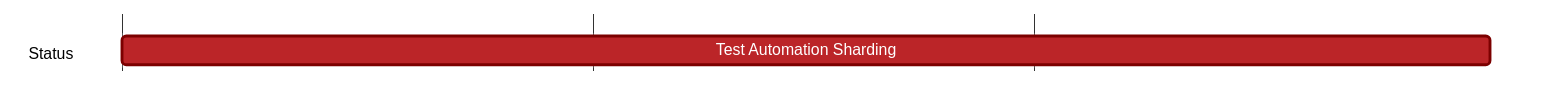
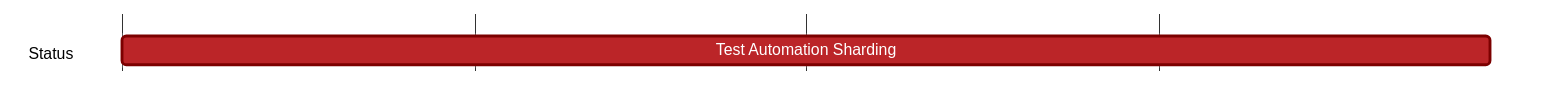
The diagram in content/vac/qa/g/waku/test-automation-sharding.md (logos-co/roadmap), drawn with Mermaid before and after one commit. The commit also changed other lines of this file, not shown here.

````diff
--- a/content/vac/qa/g/waku/test-automation-sharding.md
+++ b/content/vac/qa/g/waku/test-automation-sharding.md
@@ -7,20 +7,20 @@
 ```mermaid
 %%{ 
   init: { 
     'theme': 'base', 
     'themeVariables': { 
       'primaryColor': '#BB2528', 
       'primaryTextColor': '#fff', 
       'primaryBorderColor': '#7C0000', 
       'lineColor': '#F8B229', 
       'secondaryColor': '#006100', 
       'tertiaryColor': '#fff' 
     } 
   } 
 }%%
 gantt
   tickInterval 1month
   dateFormat YYYY-MM-DD 
   section Status
-    Test Automation Sharding:  2024-01-01, 2024-03-31
+    Test Automation Sharding:  2024-01-01, 2024-04-30
 ```
````
